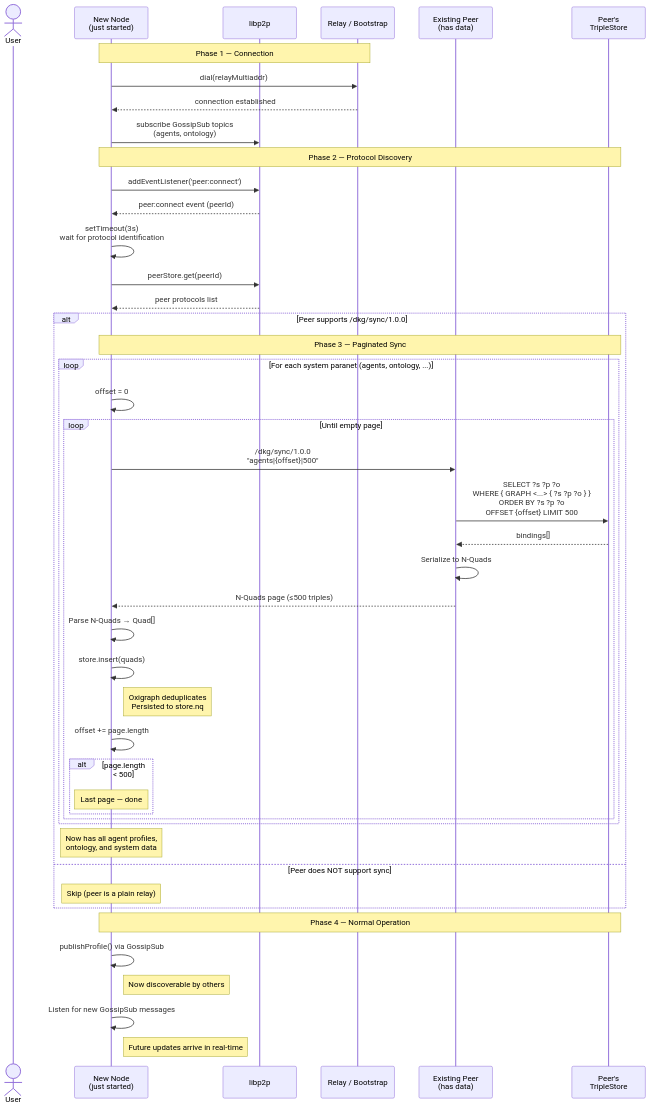
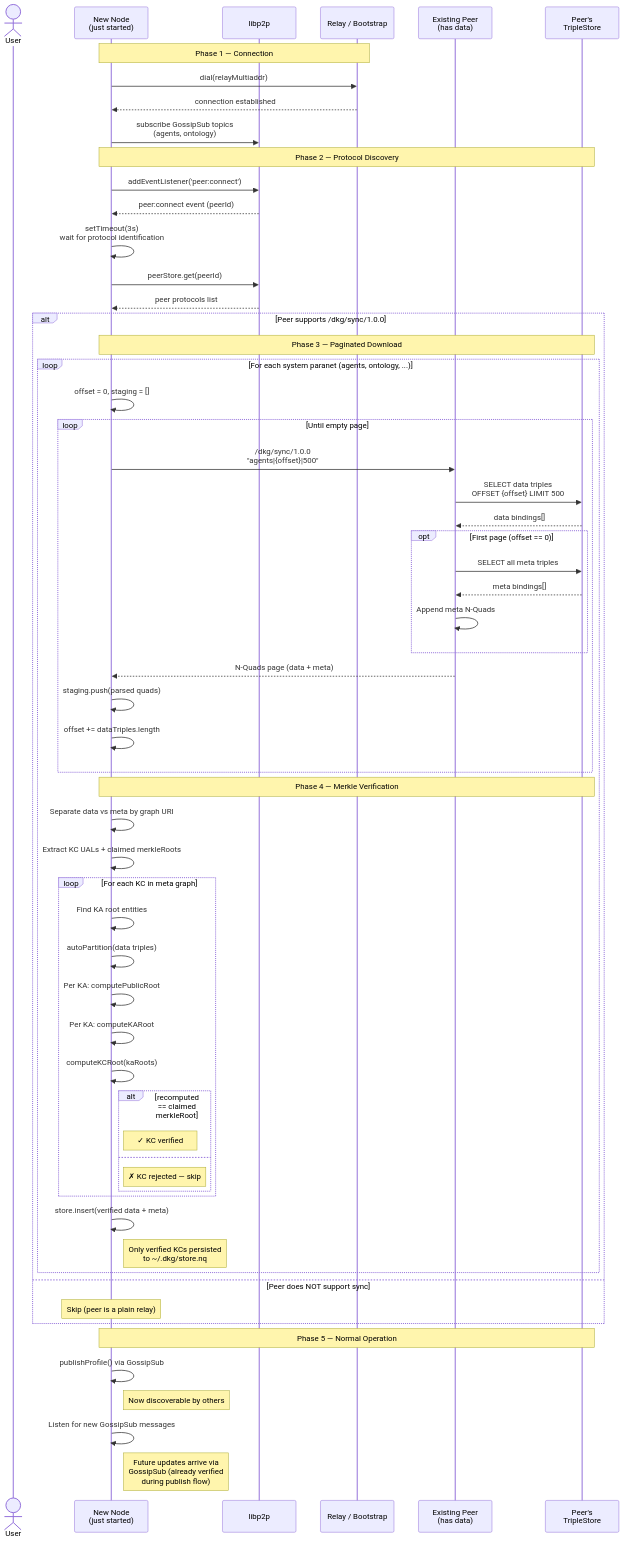
The diagram in docs/diagrams/sync-flow.md (OriginTrail/dkg), drawn with Mermaid before and after one commit. The commit also changed other lines of this file and 1 other file, not shown here.

First line of the commit message:
feat: merkle-verified sync protocol

````diff
--- a/docs/diagrams/sync-flow.md
+++ b/docs/diagrams/sync-flow.md
@@ -80,64 +143,82 @@
 ```mermaid
 sequenceDiagram
     actor User
 
     participant NewNode as New Node<br/>(just started)
     participant Libp2p as libp2p
     participant Relay as Relay / Bootstrap
     participant Peer as Existing Peer<br/>(has data)
     participant Store as Peer's<br/>TripleStore
 
     Note over NewNode,Relay: Phase 1 — Connection
 
     NewNode ->> Relay: dial(relayMultiaddr)
     Relay -->> NewNode: connection established
     NewNode ->> Libp2p: subscribe GossipSub topics<br/>(agents, ontology)
 
     Note over NewNode,Store: Phase 2 — Protocol Discovery
 
     NewNode ->> Libp2p: addEventListener('peer:connect')
     Libp2p -->> NewNode: peer:connect event (peerId)
     NewNode ->> NewNode: setTimeout(3s)<br/>wait for protocol identification
 
     NewNode ->> Libp2p: peerStore.get(peerId)
     Libp2p -->> NewNode: peer protocols list
 
     alt Peer supports /dkg/sync/1.0.0
-        Note over NewNode,Store: Phase 3 — Paginated Sync
+        Note over NewNode,Store: Phase 3 — Paginated Download
 
         loop For each system paranet (agents, ontology, ...)
-            NewNode ->> NewNode: offset = 0
+            NewNode ->> NewNode: offset = 0, staging = []
 
             loop Until empty page
                 NewNode ->> Peer: /dkg/sync/1.0.0<br/>"agents|{offset}|500"
 
-                Peer ->> Store: SELECT ?s ?p ?o<br/>WHERE { GRAPH <...> { ?s ?p ?o } }<br/>ORDER BY ?s ?p ?o<br/>OFFSET {offset} LIMIT 500
-                Store -->> Peer: bindings[]
+                Peer ->> Store: SELECT data triples<br/>OFFSET {offset} LIMIT 500
+                Store -->> Peer: data bindings[]
 
-                Peer ->> Peer: Serialize to N-Quads
-                Peer -->> NewNode: N-Quads page (≤500 triples)
+                opt First page (offset == 0)
+                    Peer ->> Store: SELECT all meta triples
+                    Store -->> Peer: meta bindings[]
+                    Peer ->> Peer: Append meta N-Quads
+                end
 
-                NewNode ->> NewNode: Parse N-Quads → Quad[]
-                NewNode ->> NewNode: store.insert(quads)
-                Note right of NewNode: Oxigraph deduplicates<br/>Persisted to store.nq
+                Peer -->> NewNode: N-Quads page (data + meta)
+                NewNode ->> NewNode: staging.push(parsed quads)
+                NewNode ->> NewNode: offset += dataTriples.length
+            end
 
-                NewNode ->> NewNode: offset += page.length
+            Note over NewNode,Store: Phase 4 — Merkle Verification
 
-                alt page.length < 500
-                    Note over NewNode: Last page — done
+            NewNode ->> NewNode: Separate data vs meta by graph URI
+            NewNode ->> NewNode: Extract KC UALs + claimed merkleRoots
+
+            loop For each KC in meta graph
+                NewNode ->> NewNode: Find KA root entities
+                NewNode ->> NewNode: autoPartition(data triples)
+                NewNode ->> NewNode: Per KA: computePublicRoot
+                NewNode ->> NewNode: Per KA: computeKARoot
+                NewNode ->> NewNode: computeKCRoot(kaRoots)
+
+                alt recomputed == claimed merkleRoot
+                    Note right of NewNode: ✓ KC verified
+                else
+                    Note right of NewNode: ✗ KC rejected — skip
                 end
             end
+
+            NewNode ->> NewNode: store.insert(verified data + meta)
+            Note right of NewNode: Only verified KCs persisted<br/>to ~/.dkg/store.nq
         end
 
-        Note over NewNode: Now has all agent profiles,<br/>ontology, and system data
     else Peer does NOT support sync
         Note over NewNode: Skip (peer is a plain relay)
     end
 
-    Note over NewNode,Store: Phase 4 — Normal Operation
+    Note over NewNode,Store: Phase 5 — Normal Operation
 
     NewNode ->> NewNode: publishProfile() via GossipSub
     Note right of NewNode: Now discoverable by others
     NewNode ->> NewNode: Listen for new GossipSub messages
-    Note right of NewNode: Future updates arrive in real-time
+    Note right of NewNode: Future updates arrive via<br/>GossipSub (already verified<br/>during publish flow)
 ```
````
